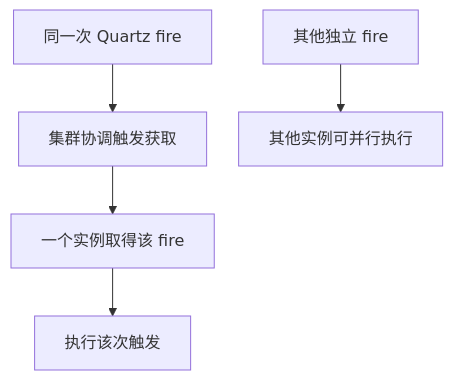
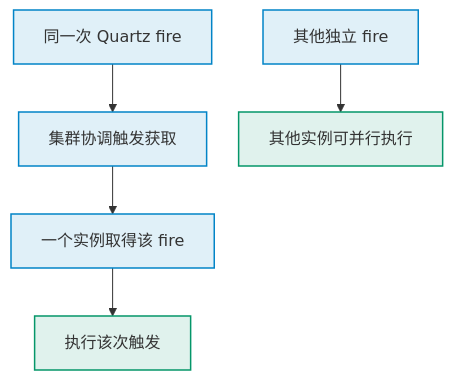
One commit to pinpols/file-batch-system changed the third of 5 diagrams in docs/runbook/autoscaling-strategy.md. Above: the diagram before and after it, drawn with Mermaid. The commit also changed other lines of this file and 34 other files, not shown here.

First line of the commit message:
docs(diagram): 完成 P3 Mermaid 图样式收口并补充制图规范 (#1390)

````diff
--- a/docs/runbook/autoscaling-strategy.md
+++ b/docs/runbook/autoscaling-strategy.md
@@ -48,8 +55,11 @@
 ```mermaid
 %%{init: {"flowchart":{"curve":"linear","nodeSpacing":32,"rankSpacing":48},"sequence":{"mirrorActors":false}}}%%
 flowchart TB
-  FIRE["同一次 Quartz fire"] --> ACQUIRE["集群协调触发获取"]
-  ACQUIRE --> OWNER["一个实例取得该 fire"]
-  OWNER --> EXEC["执行该次触发"]
-  OTHER["其他独立 fire"] --> PEER["其他实例可并行执行"]
+  FIRE["同一次 Quartz fire"]:::control --> ACQUIRE["集群协调触发获取"]:::control
+  ACQUIRE --> OWNER["一个实例取得该 fire"]:::control
+  OWNER --> EXEC["执行该次触发"]:::worker
+  OTHER["其他独立 fire"]:::control --> PEER["其他实例可并行执行"]:::worker
+
+  classDef control fill:#0284c71f,stroke:#0284c7,stroke-width:1.5px
+  classDef worker fill:#0596691f,stroke:#059669,stroke-width:1.5px
 ```
````
